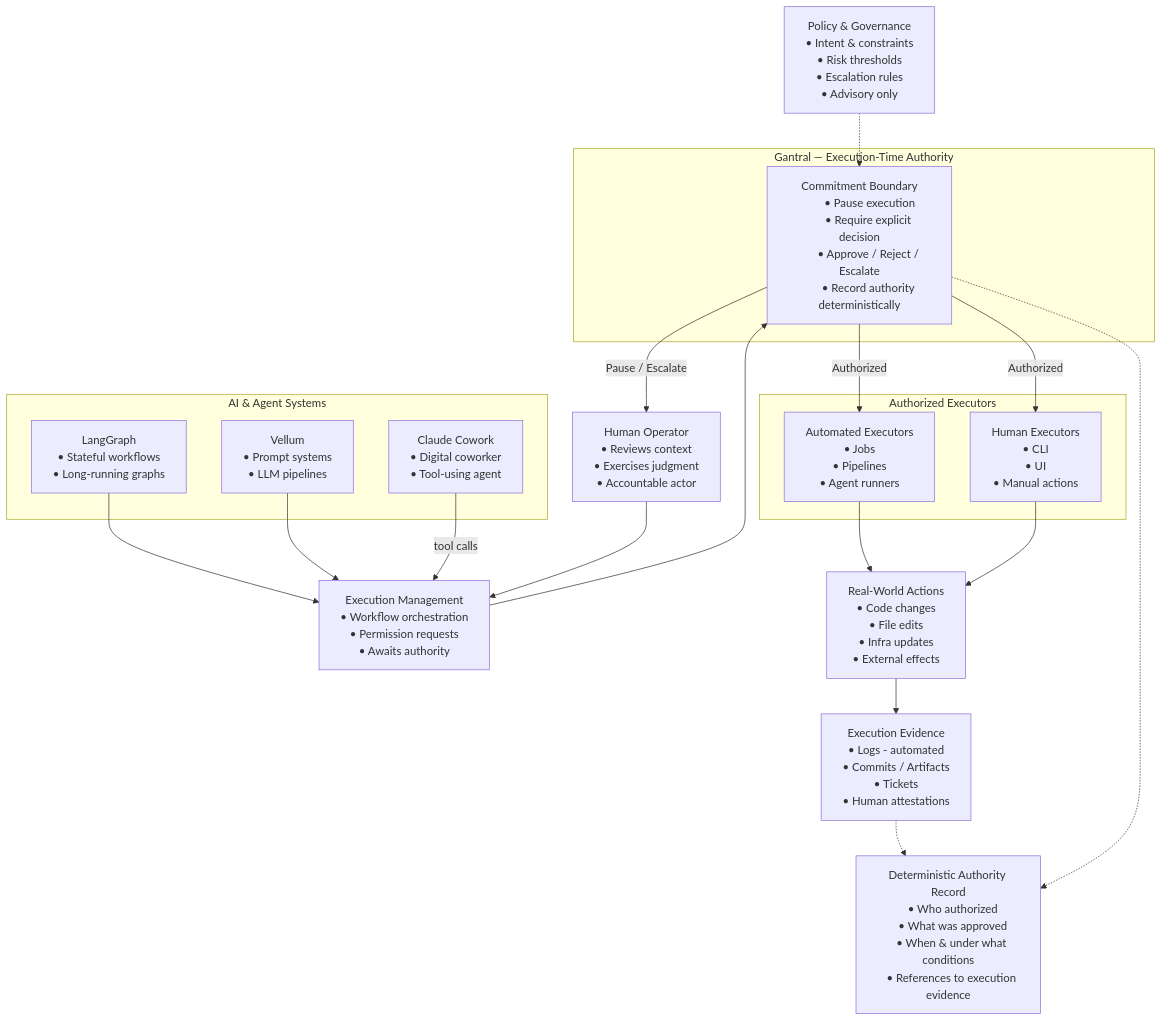
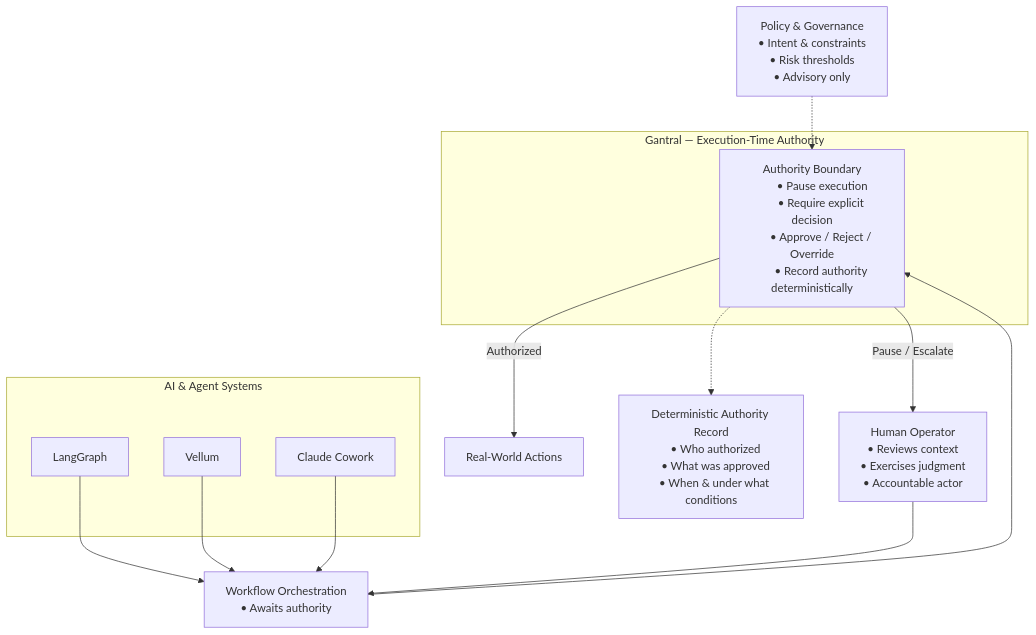
One commit to Rainminds/gantral changed the second of 2 diagrams in docs/positioning/what-is-gantral.md. Above: the diagram before and after it, drawn with Mermaid. The commit also changed other lines of this file and 5 other files, not shown here.

````diff
--- a/docs/positioning/what-is-gantral.md
+++ b/docs/positioning/what-is-gantral.md
@@ -98,119 +146,48 @@
 ```mermaid
 flowchart TB
-   %% Governance (Advisory Only)
    P[Policy & Governance
    • Intent & constraints
    • Risk thresholds
-   • Escalation rules
    • Advisory only]
 
-
-   %% AI & Agent Systems
    subgraph AI["AI & Agent Systems"]
-       LG[LangGraph
-       • Stateful workflows
-       • Long-running graphs]
-
-
-       VE[Vellum
-       • Prompt systems
-       • LLM pipelines]
-
-
-       CC[Claude Cowork
-       • Digital coworker
-       • Tool-using agent]
+       LG[LangGraph]
+       VE[Vellum]
+       CC[Claude Cowork]
    end
 
-
-   %% Human Authority
    H[Human Operator
    • Reviews context
    • Exercises judgment
    • Accountable actor]
 
-
-   %% Execution Management
-   M[Execution Management
-   • Workflow orchestration
-   • Permission requests
+   M[Workflow Orchestration
    • Awaits authority]
 
-
-   %% Gantral Authority Boundary
    subgraph Gantral["Gantral — Execution-Time Authority"]
-       G[Commitment Boundary
+       G[Authority Boundary
        • Pause execution
        • Require explicit decision
-       • Approve / Reject / Escalate
+       • Approve / Reject / Override
        • Record authority deterministically]
    end
 
-
-   %% Authorized Executors
-   subgraph X["Authorized Executors"]
-       XR[Automated Executors
-       • Jobs
-       • Pipelines
-       • Agent runners]
-
-
-       HX[Human Executors
-       • CLI
-       • UI
-       • Manual actions]
-   end
-
-
-   %% Real World & Evidence
-   R[Real-World Actions
-   • Code changes
-   • File edits
-   • Infra updates
-   • External effects]
-
-
-   E[Execution Evidence
-   • Logs - automated
-   • Commits / Artifacts
-   • Tickets
-   • Human attestations]
-
+   R[Real-World Actions]
 
    D[Deterministic Authority Record
    • Who authorized
    • What was approved
-   • When & under what conditions
-   • References to execution evidence]
+   • When & under what conditions]
 
-
-   %% Flows
    LG --> M
    VE --> M
-   CC -->|tool calls| M
-
+   CC --> M
 
    H --> M
    P -.-> G
 
-
    M --> G
-
-
-   G -->|Authorized| XR
-   G -->|Authorized| HX
-
-
-   XR --> R
-   HX --> R
-
-
-   R --> E
-
-
-   E -.-> D
+   G -->|Authorized| R
    G -.-> D
-
-
    G -->|Pause / Escalate| H
 ```
````
